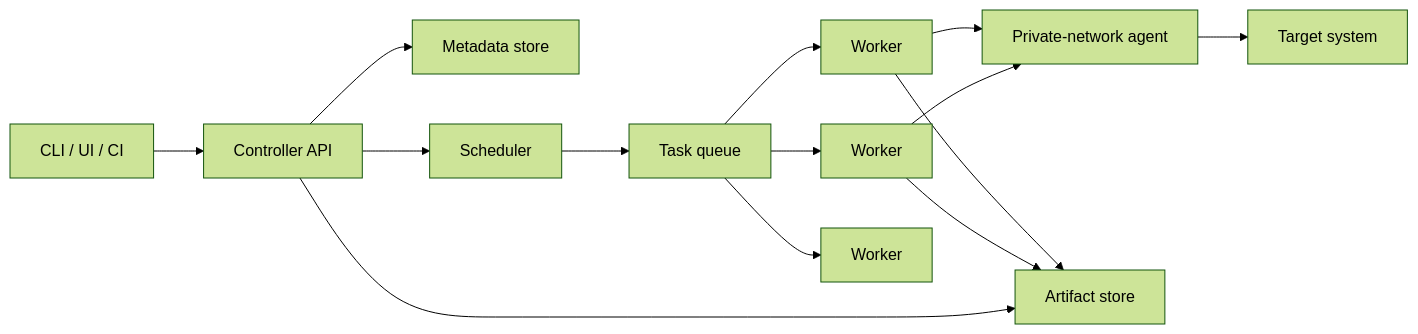
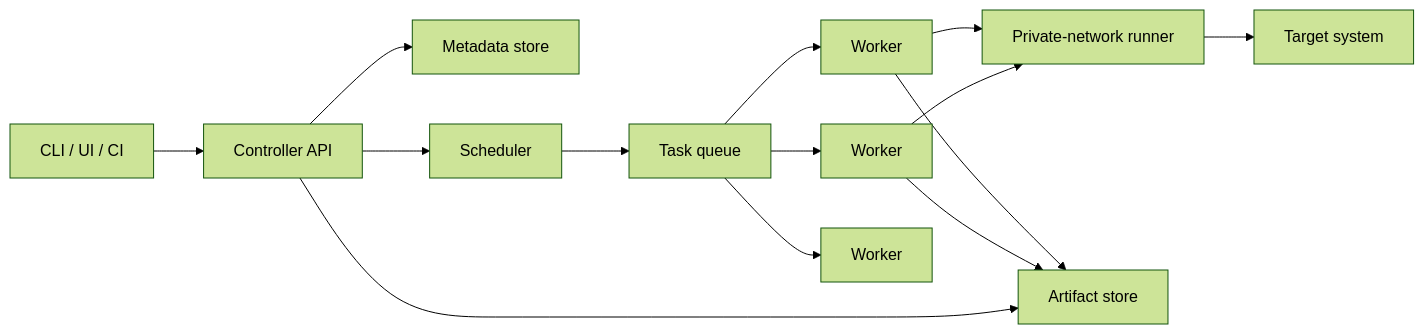
The second of 3 diagrams in docs/ARCHITECTURE.md (Malatiel/Faultora), drawn with Mermaid (forest theme) before and after one commit. The commit also changed other lines of this file and 2 other files, not shown here.

Commit message:
docs: standardize private runner terminology

````diff
--- a/docs/ARCHITECTURE.md
+++ b/docs/ARCHITECTURE.md
@@ -105,16 +105,16 @@
 ```mermaid
 flowchart LR
     U["CLI / UI / CI"] --> API["Controller API"]
     API --> DB["Metadata store"]
     API --> SCH["Scheduler"]
     SCH --> Q["Task queue"]
     Q --> W1["Worker"]
     Q --> W2["Worker"]
     Q --> WN["Worker"]
-    W1 --> AG["Private-network agent"]
+    W1 --> AG["Private-network runner"]
     W2 --> AG
     AG --> SUT["Target system"]
     W1 --> OBJ["Artifact store"]
     W2 --> OBJ
     API --> OBJ
 ```
````
